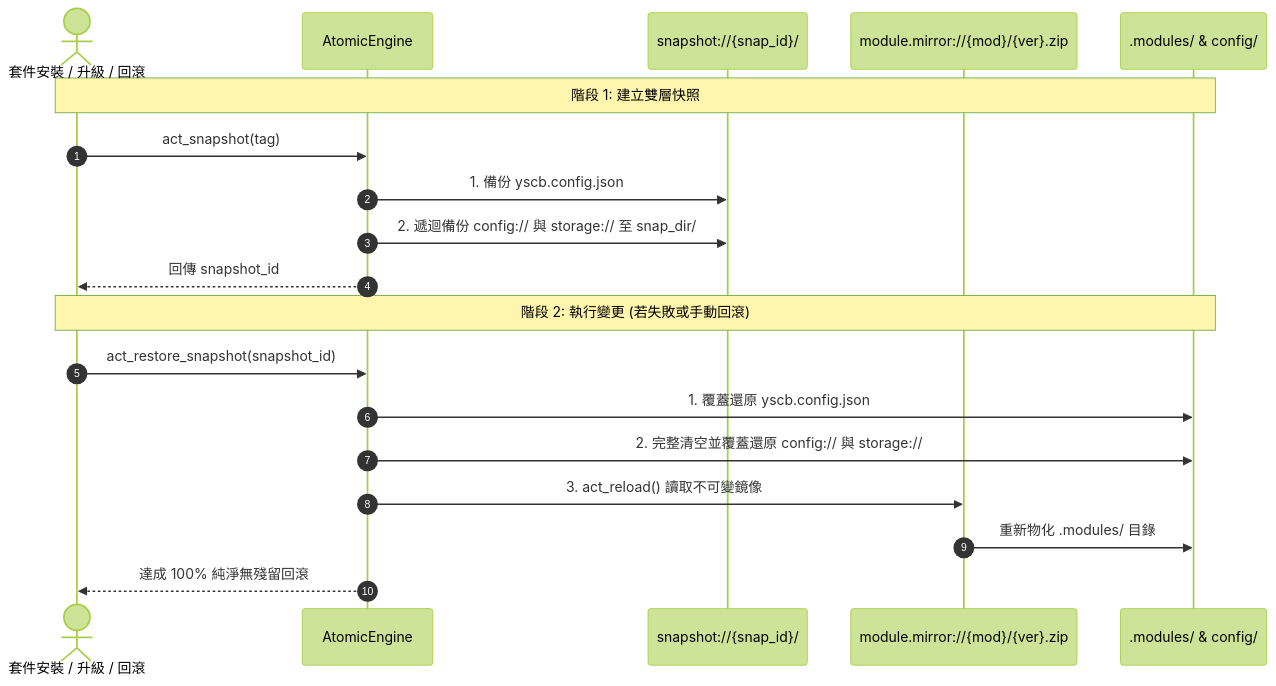
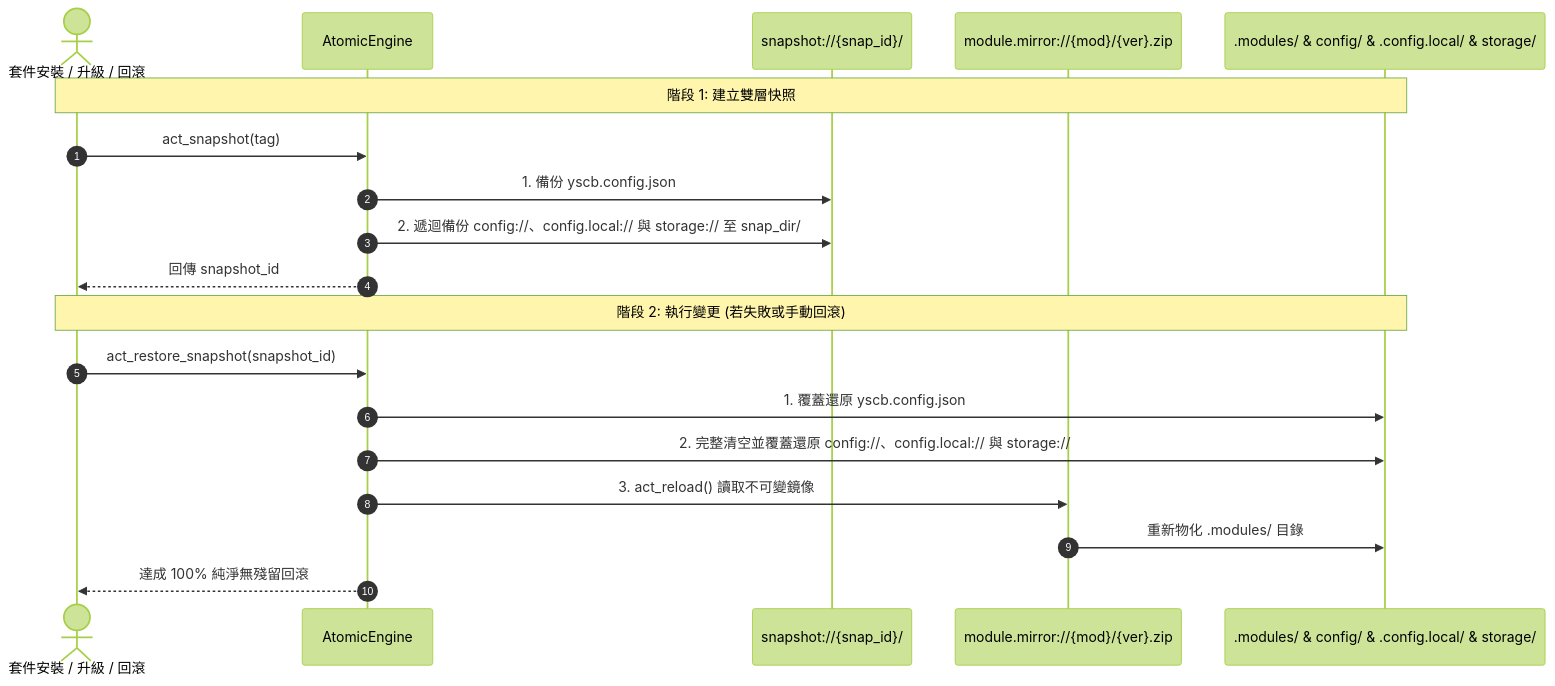
Before and after one commit to ysnaive/ys-codebase: the diagram in docs/core/SNAPSHOT_AND_ROLLBACK.md, drawn with Mermaid (forest theme). The commit also changed other lines of this file and 120 other files, not shown here.

````diff
--- a/docs/core/SNAPSHOT_AND_ROLLBACK.md
+++ b/docs/core/SNAPSHOT_AND_ROLLBACK.md
@@ -29,23 +29,23 @@
 ```mermaid
 sequenceDiagram
     autonumber
     actor CLI as 套件安裝 / 升級 / 回滾
     participant Eng as AtomicEngine
     participant Snap as snapshot://{snap_id}/
     participant Mirror as module.mirror://{mod}/{ver}.zip
-    participant Runtime as .modules/ & config/
+    participant Runtime as .modules/ & config/ & .config.local/ & storage/
 
     Note over CLI,Runtime: 階段 1: 建立雙層快照
     CLI->>Eng: act_snapshot(tag)
     Eng->>Snap: 1. 備份 yscb.config.json
-    Eng->>Snap: 2. 遞迴備份 config:// 與 storage:// 至 snap_dir/
+    Eng->>Snap: 2. 遞迴備份 config://、config.local:// 與 storage:// 至 snap_dir/
     Eng-->>CLI: 回傳 snapshot_id
 
     Note over CLI,Runtime: 階段 2: 執行變更 (若失敗或手動回滾)
     CLI->>Eng: act_restore_snapshot(snapshot_id)
     Eng->>Runtime: 1. 覆蓋還原 yscb.config.json
-    Eng->>Runtime: 2. 完整清空並覆蓋還原 config:// 與 storage://
+    Eng->>Runtime: 2. 完整清空並覆蓋還原 config://、config.local:// 與 storage://
     Eng->>Mirror: 3. act_reload() 讀取不可變鏡像
     Mirror->>Runtime: 重新物化 .modules/ 目錄
     Eng-->>CLI: 達成 100% 純淨無殘留回滾
 ```
````
